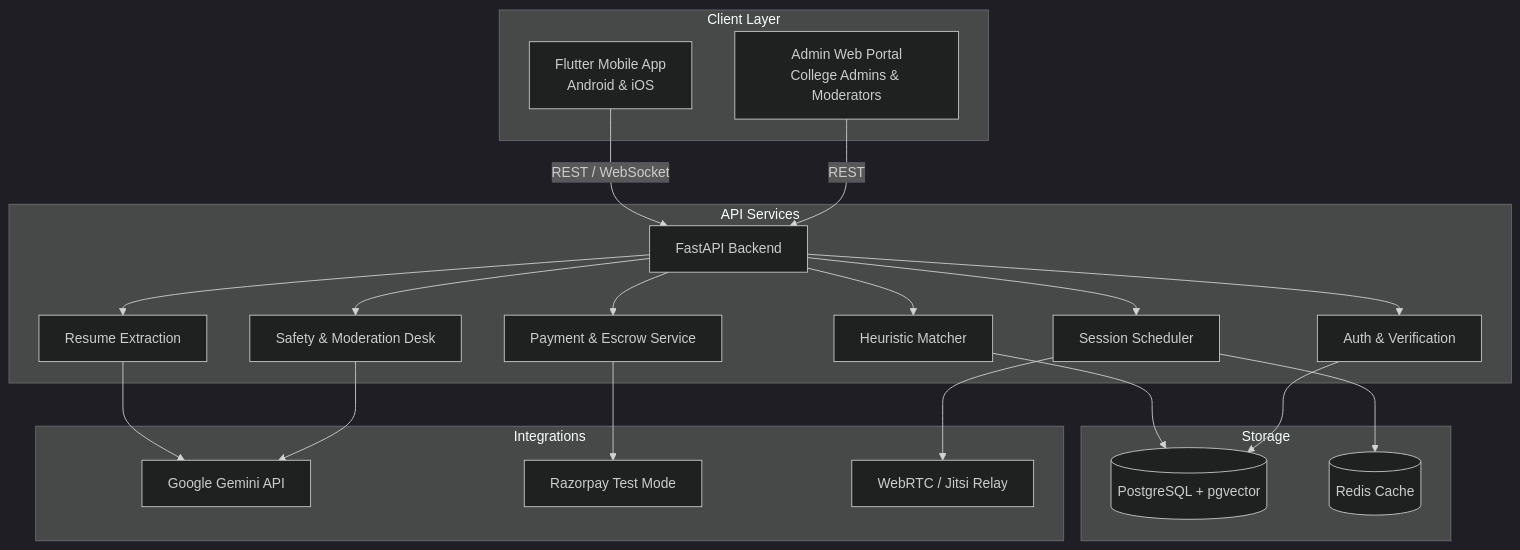
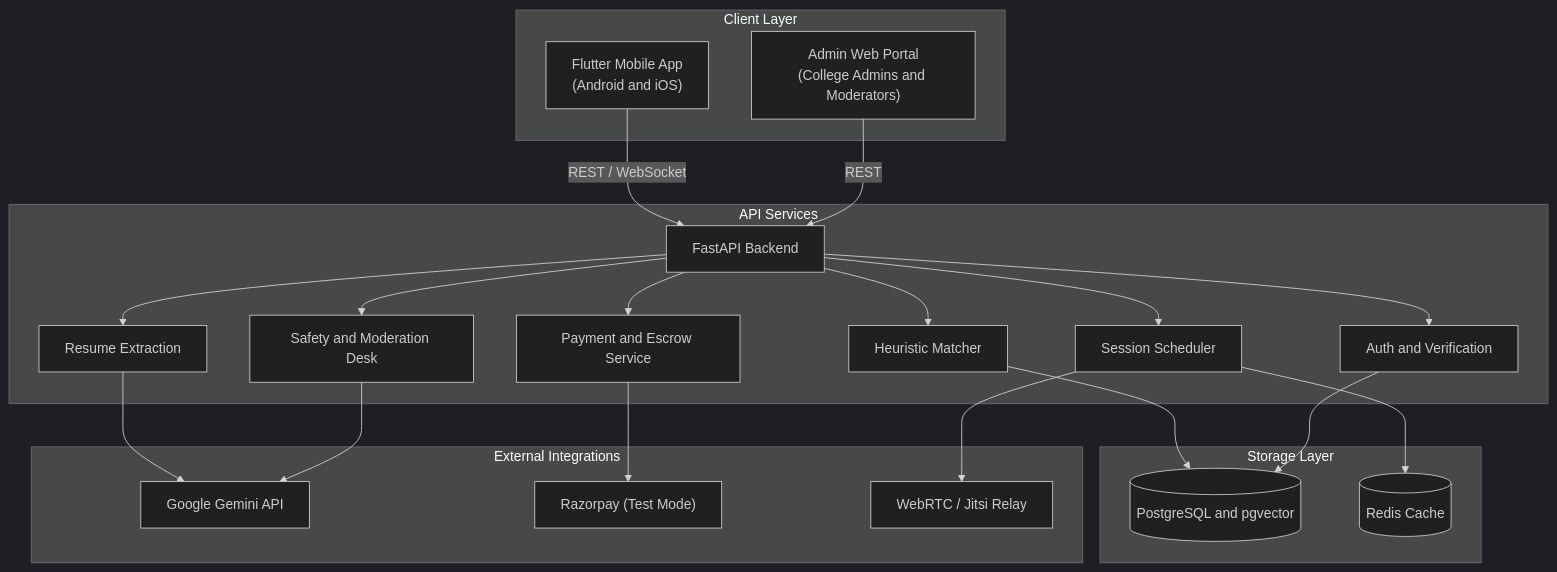
Before and after one commit to AnmolGarg8/WarmPath: the second of 2 diagrams in README.md, drawn with Mermaid (dark theme). The commit also changed other lines of this file and 1 other file, not shown here.

Commit message:
fix: resolve Mermaid rendering syntax error on GitHub

````diff
--- a/README.md
+++ b/README.md
@@ -133,38 +133,38 @@
 ```mermaid
-graph TD
-    subgraph Client Layer
-        A[Flutter Mobile App<br/>Android & iOS]
-        B[Admin Web Portal<br/>College Admins & Moderators]
+flowchart TD
+    subgraph Clients["Client Layer"]
+        A["Flutter Mobile App<br/>(Android and iOS)"]
+        B["Admin Web Portal<br/>(College Admins and Moderators)"]
     end
 
-    subgraph API Services
-        C[FastAPI Backend]
-        C --> D[Auth & Verification]
-        C --> E[Resume Extraction]
-        C --> F[Heuristic Matcher]
-        C --> G[Session Scheduler]
-        C --> H[Payment & Escrow Service]
-        C --> I[Safety & Moderation Desk]
+    subgraph API["API Services"]
+        C["FastAPI Backend"]
+        C --> D["Auth and Verification"]
+        C --> E["Resume Extraction"]
+        C --> F["Heuristic Matcher"]
+        C --> G["Session Scheduler"]
+        C --> H["Payment and Escrow Service"]
+        C --> I["Safety and Moderation Desk"]
     end
 
-    subgraph Storage
-        J[(PostgreSQL + pgvector)]
-        K[(Redis Cache)]
+    subgraph Storage["Storage Layer"]
+        J[("PostgreSQL and pgvector")]
+        K[("Redis Cache")]
     end
 
-    subgraph Integrations
-        L[Google Gemini API]
-        M[Razorpay Test Mode]
-        N[WebRTC / Jitsi Relay]
+    subgraph External["External Integrations"]
+        L["Google Gemini API"]
+        M["Razorpay (Test Mode)"]
+        N["WebRTC / Jitsi Relay"]
     end
 
-    A -->|REST / WebSocket| C
-    B -->|REST| C
+    A -->|"REST / WebSocket"| C
+    B -->|"REST"| C
     E --> L
     I --> L
     F --> J
     D --> J
     G --> K
     H --> M
     G --> N
 ```
````
